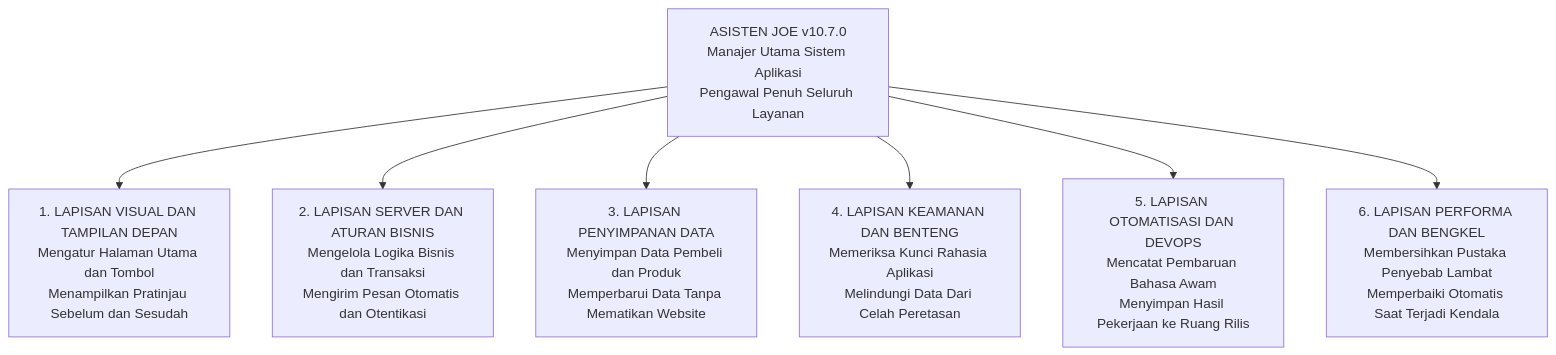
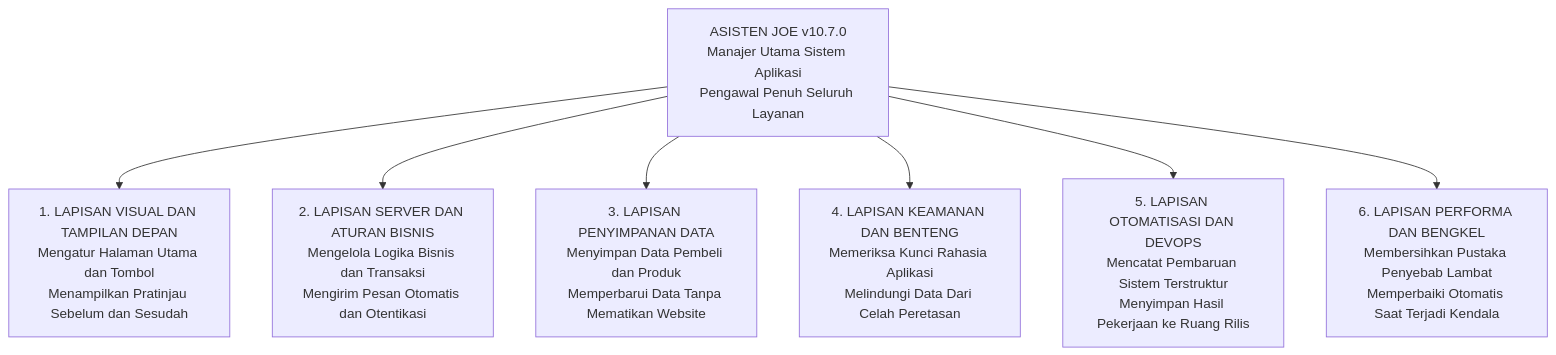
Before and after one commit to JoeAryadharma/saas-branching-blueprint: the first of 7 diagrams in README.md, drawn with Mermaid. The commit also changed other lines of this file, not shown here.

Commit message:
[STILISTIK] Membersihkan frasa kata 'awam' dan 'non-teknis' dari dokumen [v10.7.0]

````diff
--- a/README.md
+++ b/README.md
@@ -40,12 +40,12 @@
 ```mermaid
 flowchart TD
     classDef default text-align:center;
     SYSTEM["ASISTEN JOE v10.7.0\nManajer Utama Sistem Aplikasi\nPengawal Penuh Seluruh Layanan"]
 
     SYSTEM --> L1["1. LAPISAN VISUAL DAN TAMPILAN DEPAN\nMengatur Halaman Utama dan Tombol\nMenampilkan Pratinjau Sebelum dan Sesudah"]
     SYSTEM --> L2["2. LAPISAN SERVER DAN ATURAN BISNIS\nMengelola Logika Bisnis dan Transaksi\nMengirim Pesan Otomatis dan Otentikasi"]
     SYSTEM --> L3["3. LAPISAN PENYIMPANAN DATA\nMenyimpan Data Pembeli dan Produk\nMemperbarui Data Tanpa Mematikan Website"]
     SYSTEM --> L4["4. LAPISAN KEAMANAN DAN BENTENG\nMemeriksa Kunci Rahasia Aplikasi\nMelindungi Data Dari Celah Peretasan"]
-    SYSTEM --> L5["5. LAPISAN OTOMATISASI DAN DEVOPS\nMencatat Pembaruan Bahasa Awam\nMenyimpan Hasil Pekerjaan ke Ruang Rilis"]
+    SYSTEM --> L5["5. LAPISAN OTOMATISASI DAN DEVOPS\nMencatat Pembaruan Sistem Terstruktur\nMenyimpan Hasil Pekerjaan ke Ruang Rilis"]
     SYSTEM --> L6["6. LAPISAN PERFORMA DAN BENGKEL\nMembersihkan Pustaka Penyebab Lambat\nMemperbaiki Otomatis Saat Terjadi Kendala"]
 ```
````
